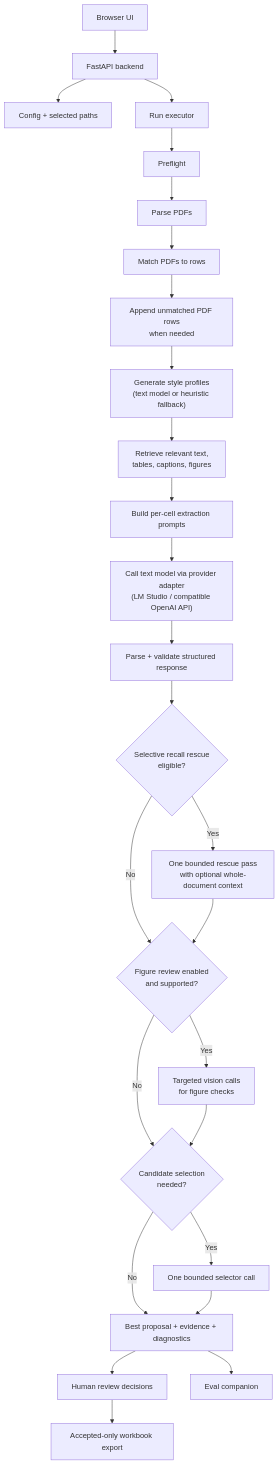
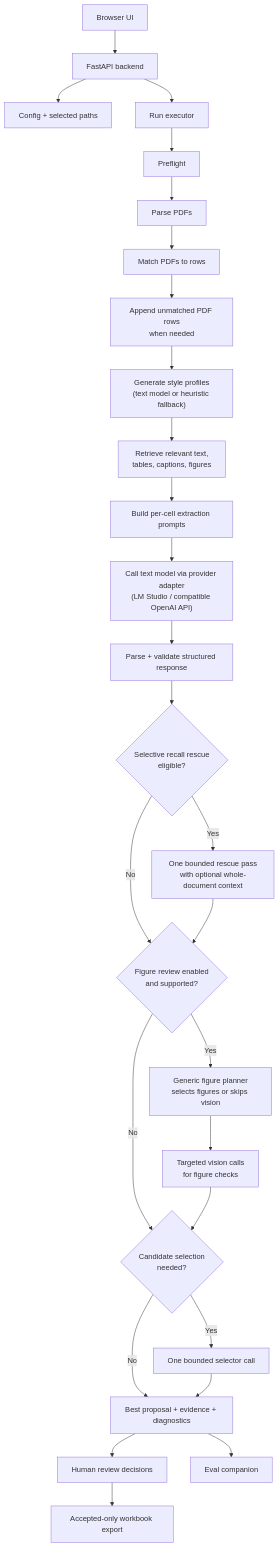
The diagram in docs/main-app/architecture.md (jjfroehlich/papers-to-table), drawn with Mermaid before and after one commit. The commit also changed other lines of this file and 11 other files, not shown here.

Commit message:
Fixes to figure-review (schema errors, retry controls, stricture vision gate, limits), added a figure planner before figure review.

````diff
--- a/docs/main-app/architecture.md
+++ b/docs/main-app/architecture.md
@@ -9,29 +9,30 @@
 ```mermaid
 flowchart TD
   UI["Browser UI"] --> API["FastAPI backend"]
   API --> CFG["Config + selected paths"]
   API --> RUN["Run executor"]
   RUN --> PF["Preflight"]
   PF --> PARSE["Parse PDFs"]
   PARSE --> MATCH["Match PDFs to rows"]
   MATCH --> ROWS["Append unmatched PDF rows<br/>when needed"]
   ROWS --> STYP["Generate style profiles<br/>(text model or heuristic fallback)"]
   STYP --> RET["Retrieve relevant text,<br/>tables, captions, figures"]
   RET --> PROMPT["Build per-cell extraction prompts"]
   PROMPT --> LLM["Call text model via provider adapter<br/>(LM Studio / compatible OpenAI API)"]
   LLM --> PARSEOUT["Parse + validate structured response"]
   PARSEOUT --> RESCUE{"Selective recall rescue<br/>eligible?"}
   RESCUE -->|Yes| RESCUEPASS["One bounded rescue pass<br/>with optional whole-document context"]
   RESCUE -->|No| FIGCHK
   RESCUEPASS --> FIGCHK
   FIGCHK{"Figure review enabled<br/>and supported?"}
-  FIGCHK -->|Yes| FIGREV["Targeted vision calls<br/>for figure checks"]
+  FIGCHK -->|Yes| FIGPLAN["Generic figure planner<br/>selects figures or skips vision"]
+  FIGPLAN --> FIGREV["Targeted vision calls<br/>for figure checks"]
   FIGCHK -->|No| CAND
   FIGREV --> CAND{"Candidate selection<br/>needed?"}
   CAND -->|Yes| SELECT["One bounded selector call"]
   CAND -->|No| PROP
   SELECT --> PROP["Best proposal + evidence + diagnostics"]
   PROP --> REVIEW["Human review decisions"]
   REVIEW --> EXPORT["Accepted-only workbook export"]
   PROP --> EVAL["Eval companion"]
 ```
````
